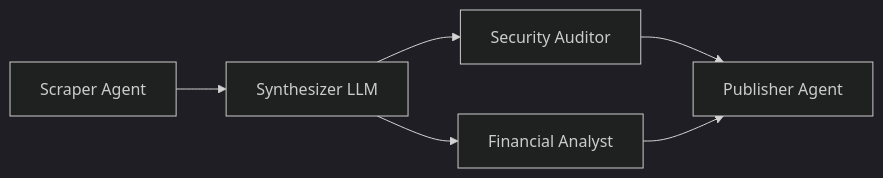
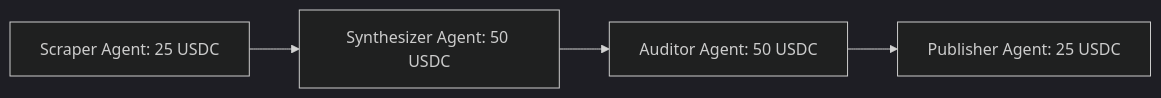
Before and after one commit to UncleTom29/circuits-protocol-docs: the diagram in features/orchestration.md, drawn with Mermaid (dark theme). The commit also changed other lines of this file and 40 other files, not shown here.

````diff
--- a/features/orchestration.md
+++ b/features/orchestration.md
@@ -11,8 +9,6 @@
 ```mermaid
 graph LR
-    A[Scraper Agent] --> B[Synthesizer LLM]
-    B --> C[Security Auditor]
-    B --> D[Financial Analyst]
-    C --> E[Publisher Agent]
-    D --> E
+    A[Scraper Agent: 25 USDC] --> B[Synthesizer Agent: 50 USDC]
+    B --> C[Auditor Agent: 50 USDC]
+    C --> D[Publisher Agent: 25 USDC]
 ```
````
